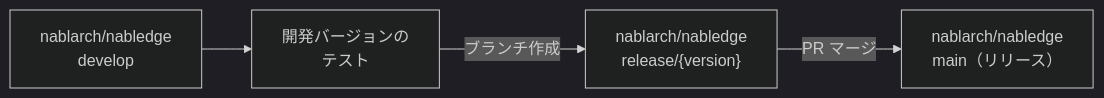
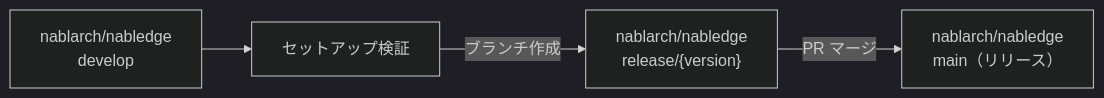
The second of 2 diagrams in README.md (nablarch/nabledge-dev), drawn with Mermaid (dark theme) before and after one commit. The commit also changed other lines of this file, not shown here.

````diff
--- a/README.md
+++ b/README.md
@@ -124,11 +97,11 @@
 ```mermaid
 flowchart LR
     DEV["nablarch/nabledge<br/>develop"]
-    TEST["開発バージョンの<br/>テスト"]
+    TEST["セットアップ検証"]
     RB["nablarch/nabledge<br/>release/{version}"]
     RELEASE["nablarch/nabledge<br/>main（リリース）"]
 
     DEV --> TEST
     TEST -->|"ブランチ作成"| RB
     RB -->|"PR マージ"| RELEASE
 ```
````
